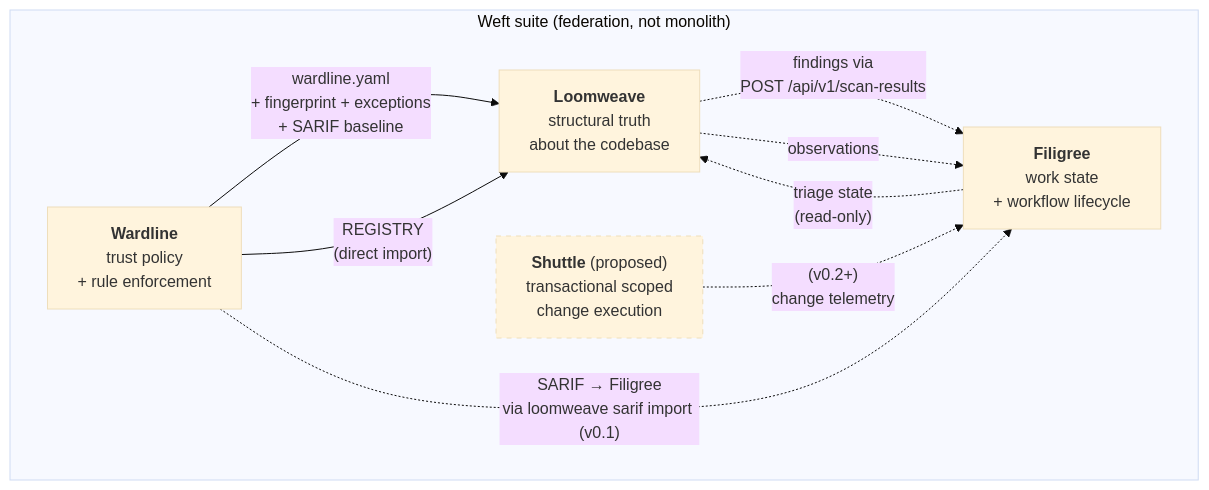
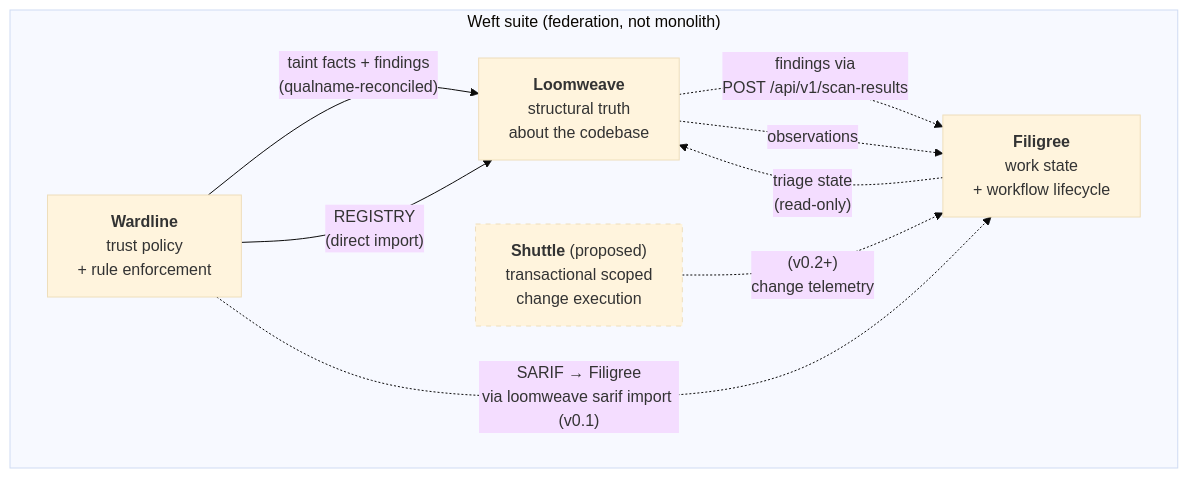
Before and after one commit to foundryside-dev/loomweave: the first of 7 diagrams in docs/loomweave/1.0/system-design.md, drawn with Mermaid (base theme). The commit also changed other lines of this file and 8 other files, not shown here.

````diff
--- a/docs/loomweave/1.0/system-design.md
+++ b/docs/loomweave/1.0/system-design.md
@@ -44,23 +44,23 @@
 ```mermaid
 flowchart LR
     subgraph Weft["Weft suite (federation, not monolith)"]
         direction LR
         Loomweave["<b>Loomweave</b><br/>structural truth<br/>about the codebase"]
         Filigree["<b>Filigree</b><br/>work state<br/>+ workflow lifecycle"]
         Wardline["<b>Wardline</b><br/>trust policy<br/>+ rule enforcement"]
         Shuttle["<b>Shuttle</b> (proposed)<br/>transactional scoped<br/>change execution"]
     end
 
     Loomweave -.->|"findings via<br/>POST /api/v1/scan-results"| Filigree
     Loomweave -.->|"observations"| Filigree
     Filigree -.->|"triage state<br/>(read-only)"| Loomweave
 
-    Wardline -->|"wardline.yaml<br/>+ fingerprint + exceptions<br/>+ SARIF baseline"| Loomweave
+    Wardline -->|"taint facts + findings<br/>(qualname-reconciled)"| Loomweave
     Wardline -->|"REGISTRY<br/>(direct import)"| Loomweave
     Wardline -.->|"SARIF → Filigree<br/>via loomweave sarif import (v0.1)"| Filigree
 
     Shuttle -.->|"(v0.2+)<br/>change telemetry"| Filigree
 
     classDef proposed stroke-dasharray: 5 5
     class Shuttle proposed
 ```
````
